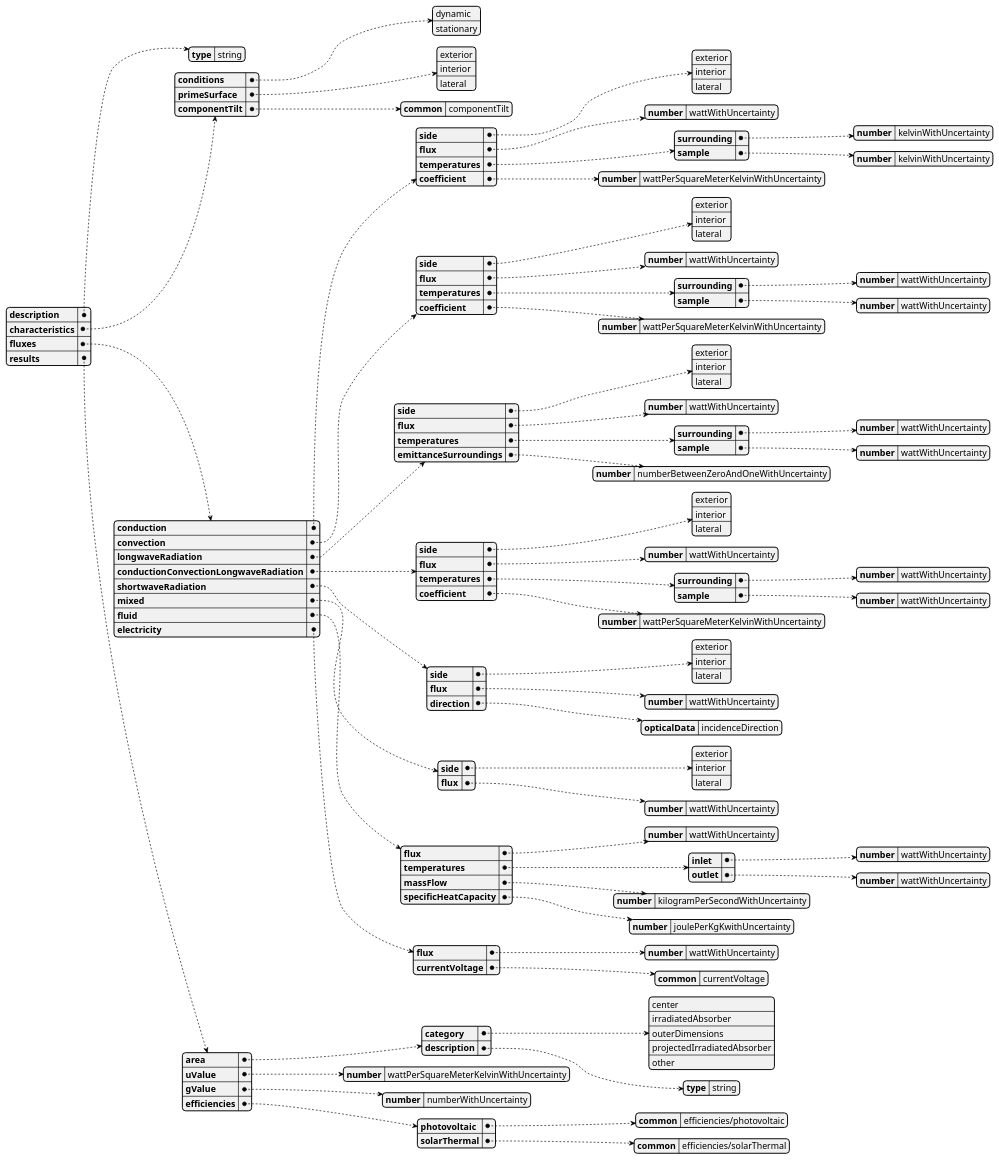
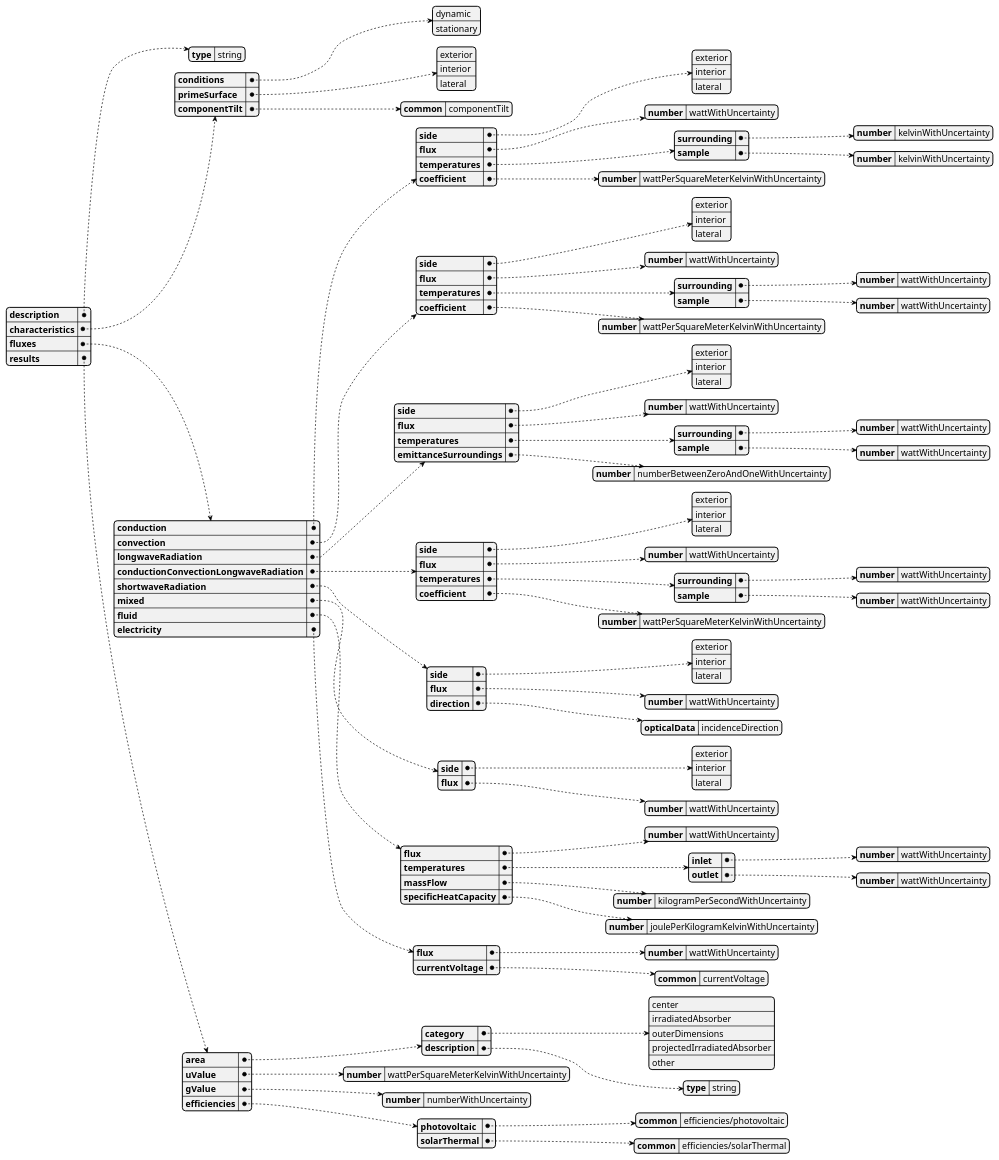
One commit to building-envelope-data/api changed the diagram in docs/diagrams/src/calorimetricData/calorimetricDataSchema.plantuml. Above: the diagram before and after it, drawn with PlantUML. The commit also changed 4 other files, not shown here.

Commit message:
Change from `KgK` to `KilogramKelvin` to make the tests valid.

```diff
--- a/docs/diagrams/src/calorimetricData/calorimetricDataSchema.plantuml
+++ b/docs/diagrams/src/calorimetricData/calorimetricDataSchema.plantuml
@@ -149,7 +149,7 @@
       }
       ,
       "specificHeatCapacity": {
-        "number": "joulePerKgKwithUncertainty"
+        "number": "joulePerKilogramKelvinWithUncertainty"
       }
     }
     ,
```
